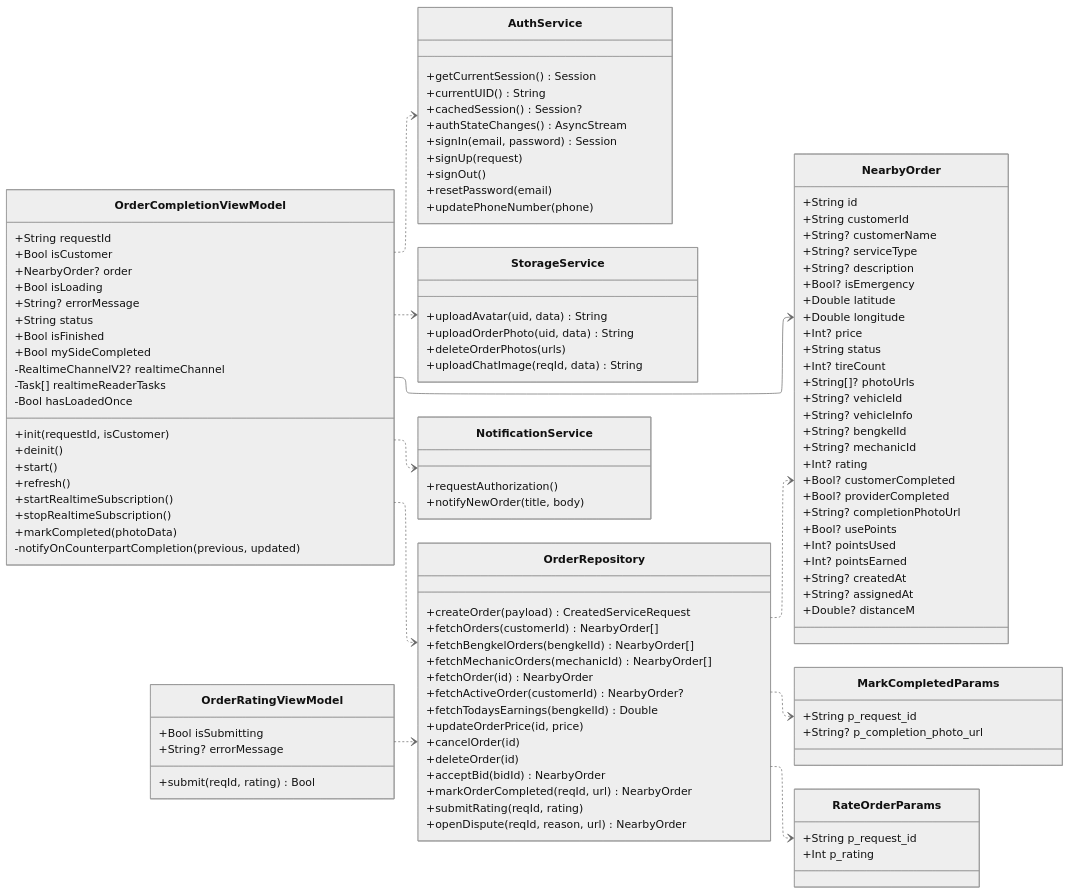
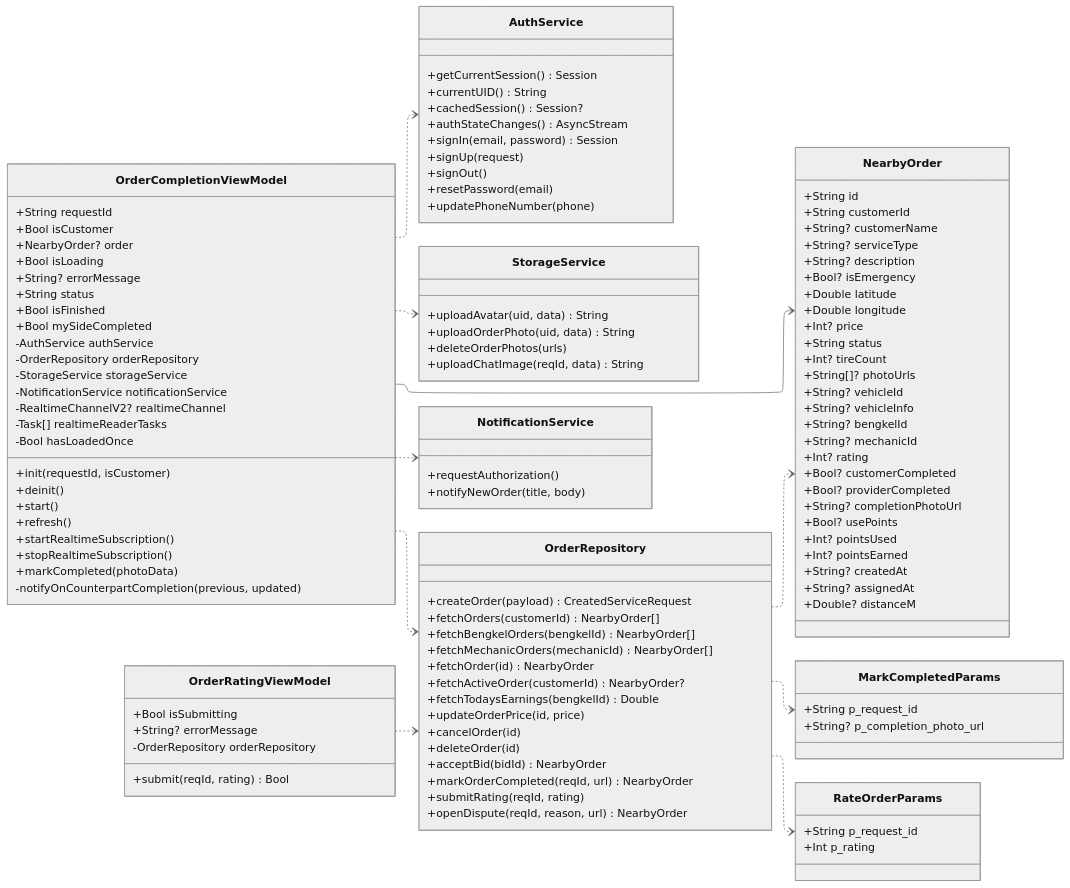
The ninth of 12 diagrams in diagram/feature-class-diagrams.md (rei-soemanto/BengkelIn_SE), drawn with Mermaid (neutral theme) before and after one commit. The commit also changed other lines of this file and 21 other files, not shown here.

Commit message:
feature-class-diagram update

```diff
--- a/diagram/feature-class-diagrams.md
+++ b/diagram/feature-class-diagrams.md
@@ -1227,6 +1315,10 @@
         +String status
         +Bool isFinished
         +Bool mySideCompleted
+        -AuthService authService
+        -OrderRepository orderRepository
+        -StorageService storageService
+        -NotificationService notificationService
         -RealtimeChannelV2? realtimeChannel
         -Task[] realtimeReaderTasks
         -Bool hasLoadedOnce
@@ -1242,6 +1334,7 @@
     class OrderRatingViewModel {
         +Bool isSubmitting
         +String? errorMessage
+        -OrderRepository orderRepository
         +submit(reqId, rating) Bool
     }
     class MarkCompletedParams {
```
